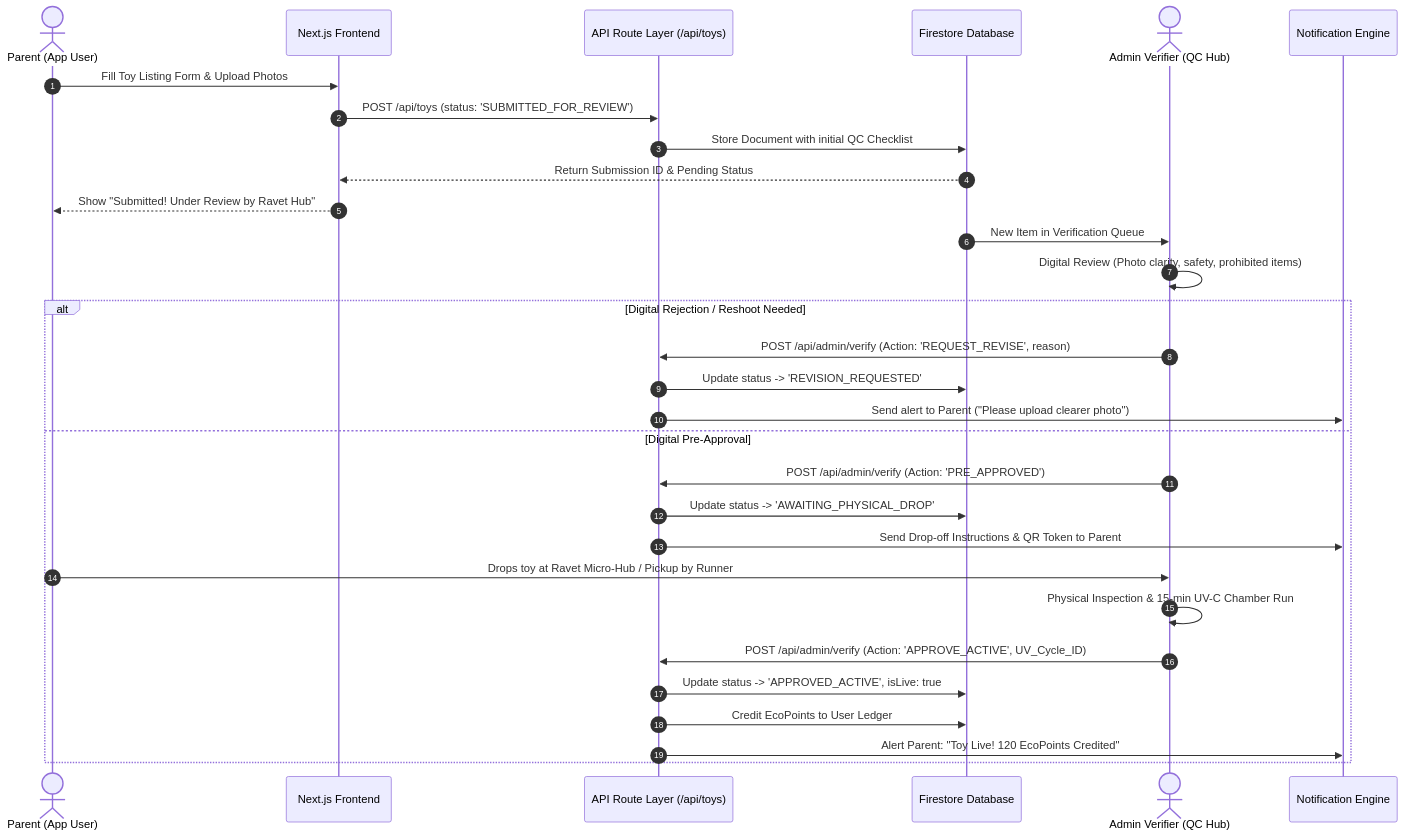
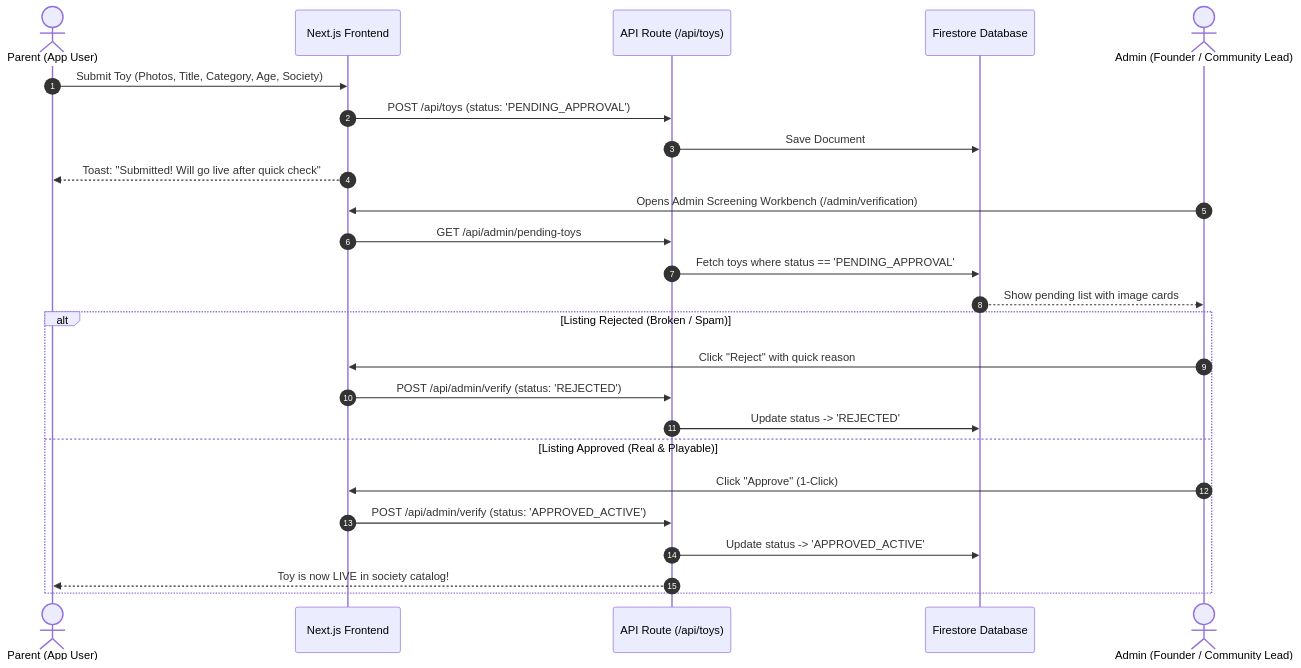
One commit to mayurnemade7/Toy_PromoteAndExhange changed the second of 3 diagrams in docs/architecture/high_level_design_user_flow.md. Above: the diagram before and after it, drawn with Mermaid. The commit also changed other lines of this file, not shown here.

Commit message:
docs: Refactor HLD to lean P2P community model with simple 2-point digital verification

````diff
--- a/docs/architecture/high_level_design_user_flow.md
+++ b/docs/architecture/high_level_design_user_flow.md
@@ -69,36 +67,30 @@
 ```mermaid
 sequenceDiagram
     autonumber
-    actor User as Parent (App User)
+    actor Parent as Parent (App User)
     participant UI as Next.js Frontend
-    participant API as API Route Layer (/api/toys)
+    participant API as API Route (/api/toys)
     participant DB as Firestore Database
-    actor Admin as Admin Verifier (QC Hub)
-    participant Notif as Notification Engine
+    actor Admin as Admin (Founder / Community Lead)
 
-    User->>UI: Fill Toy Listing Form & Upload Photos
-    UI->>API: POST /api/toys (status: 'SUBMITTED_FOR_REVIEW')
-    API->>DB: Store Document with initial QC Checklist
-    DB-->>UI: Return Submission ID & Pending Status
-    UI-->>User: Show "Submitted! Under Review by Ravet Hub"
+    Parent->>UI: Submit Toy (Photos, Title, Category, Age, Society)
+    UI->>API: POST /api/toys (status: 'PENDING_APPROVAL')
+    API->>DB: Save Document
+    UI-->>Parent: Toast: "Submitted! Will go live after quick check"
 
-    DB->>Admin: New Item in Verification Queue
-    Admin->>Admin: Digital Review (Photo clarity, safety, prohibited items)
+    Admin->>UI: Opens Admin Screening Workbench (/admin/verification)
+    UI->>API: GET /api/admin/pending-toys
+    API->>DB: Fetch toys where status == 'PENDING_APPROVAL'
+    DB-->>Admin: Show pending list with image cards
 
-    alt Digital Rejection / Reshoot Needed
-        Admin->>API: POST /api/admin/verify (Action: 'REQUEST_REVISE', reason)
-        API->>DB: Update status -> 'REVISION_REQUESTED'
-        API->>Notif: Send alert to Parent ("Please upload clearer photo")
-    else Digital Pre-Approval
-        Admin->>API: POST /api/admin/verify (Action: 'PRE_APPROVED')
-        API->>DB: Update status -> 'AWAITING_PHYSICAL_DROP'
-        API->>Notif: Send Drop-off Instructions & QR Token to Parent
-        
-        User->>Admin: Drops toy at Ravet Micro-Hub / Pickup by Runner
-        Admin->>Admin: Physical Inspection & 15-min UV-C Chamber Run
-        Admin->>API: POST /api/admin/verify (Action: 'APPROVE_ACTIVE', UV_Cycle_ID)
-        API->>DB: Update status -> 'APPROVED_ACTIVE', isLive: true
-        API->>DB: Credit EcoPoints to User Ledger
-        API->>Notif: Alert Parent: "Toy Live! 120 EcoPoints Credited"
+    alt Listing Rejected (Broken / Spam)
+        Admin->>UI: Click "Reject" with quick reason
+        UI->>API: POST /api/admin/verify (status: 'REJECTED')
+        API->>DB: Update status -> 'REJECTED'
+    else Listing Approved (Real & Playable)
+        Admin->>UI: Click "Approve" (1-Click)
+        UI->>API: POST /api/admin/verify (status: 'APPROVED_ACTIVE')
+        API->>DB: Update status -> 'APPROVED_ACTIVE'
+        API-->>Parent: Toy is now LIVE in society catalog!
     end
 ```
````
